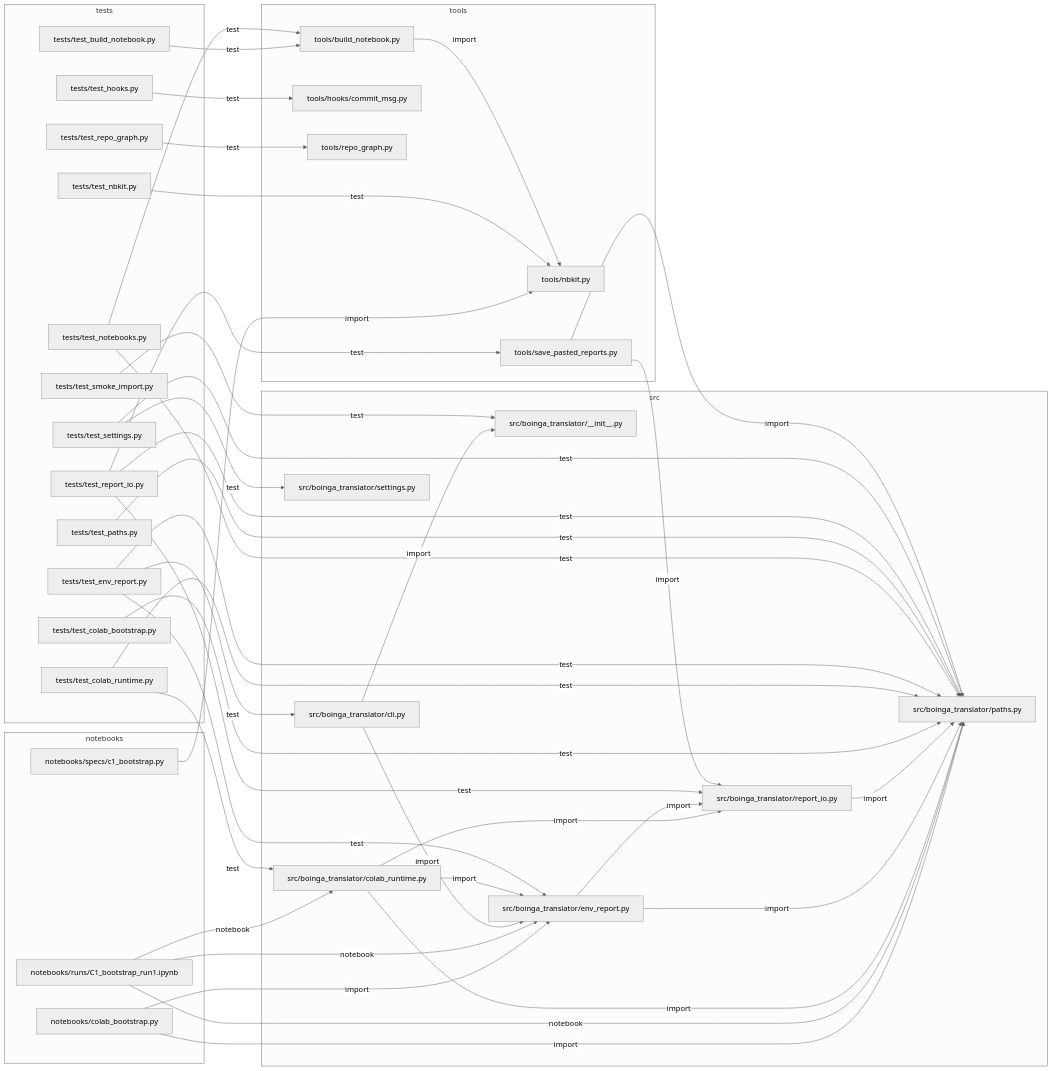
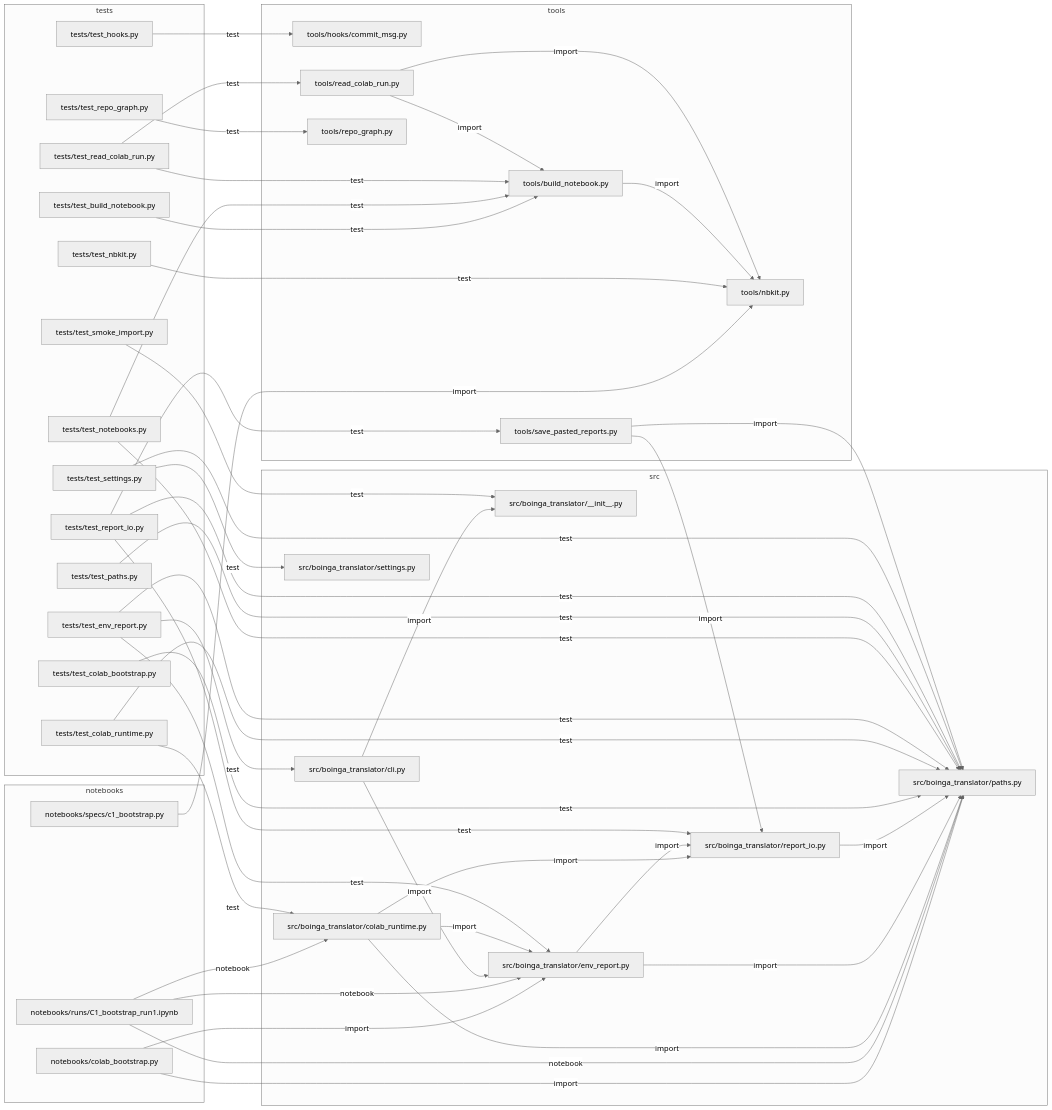
The diagram in docs/REPO_GRAPH.md (asparagusD/boinga-translator), drawn with Mermaid (neutral theme) before and after one commit. The commit also changed other lines of this file and 4 other files, not shown here.

````diff
--- a/docs/REPO_GRAPH.md
+++ b/docs/REPO_GRAPH.md
@@ -78,74 +80,80 @@
 ```mermaid
 graph LR
   subgraph sg_notebooks["notebooks"]
     n_notebooks_colab_bootstrap_py["notebooks/colab_bootstrap.py"]
     n_notebooks_runs_C1_bootstrap_run1_ipynb["notebooks/runs/C1_bootstrap_run1.ipynb"]
     n_notebooks_specs_c1_bootstrap_py["notebooks/specs/c1_bootstrap.py"]
   end
   subgraph sg_src["src"]
     n_src_boinga_translator___init___py["src/boinga_translator/__init__.py"]
     n_src_boinga_translator_cli_py["src/boinga_translator/cli.py"]
     n_src_boinga_translator_colab_runtime_py["src/boinga_translator/colab_runtime.py"]
     n_src_boinga_translator_env_report_py["src/boinga_translator/env_report.py"]
     n_src_boinga_translator_paths_py["src/boinga_translator/paths.py"]
     n_src_boinga_translator_report_io_py["src/boinga_translator/report_io.py"]
     n_src_boinga_translator_settings_py["src/boinga_translator/settings.py"]
   end
   subgraph sg_tests["tests"]
     n_tests_test_build_notebook_py["tests/test_build_notebook.py"]
     n_tests_test_colab_bootstrap_py["tests/test_colab_bootstrap.py"]
     n_tests_test_colab_runtime_py["tests/test_colab_runtime.py"]
     n_tests_test_env_report_py["tests/test_env_report.py"]
     n_tests_test_hooks_py["tests/test_hooks.py"]
     n_tests_test_nbkit_py["tests/test_nbkit.py"]
     n_tests_test_notebooks_py["tests/test_notebooks.py"]
     n_tests_test_paths_py["tests/test_paths.py"]
+    n_tests_test_read_colab_run_py["tests/test_read_colab_run.py"]
     n_tests_test_repo_graph_py["tests/test_repo_graph.py"]
     n_tests_test_report_io_py["tests/test_report_io.py"]
     n_tests_test_settings_py["tests/test_settings.py"]
     n_tests_test_smoke_import_py["tests/test_smoke_import.py"]
   end
   subgraph sg_tools["tools"]
     n_tools_build_notebook_py["tools/build_notebook.py"]
     n_tools_hooks_commit_msg_py["tools/hooks/commit_msg.py"]
     n_tools_nbkit_py["tools/nbkit.py"]
+    n_tools_read_colab_run_py["tools/read_colab_run.py"]
     n_tools_repo_graph_py["tools/repo_graph.py"]
     n_tools_save_pasted_reports_py["tools/save_pasted_reports.py"]
   end
   n_notebooks_colab_bootstrap_py -->|import| n_src_boinga_translator_env_report_py
   n_notebooks_colab_bootstrap_py -->|import| n_src_boinga_translator_paths_py
   n_notebooks_runs_C1_bootstrap_run1_ipynb -->|notebook| n_src_boinga_translator_colab_runtime_py
   n_notebooks_runs_C1_bootstrap_run1_ipynb -->|notebook| n_src_boinga_translator_env_report_py
   n_notebooks_runs_C1_bootstrap_run1_ipynb -->|notebook| n_src_boinga_translator_paths_py
   n_notebooks_specs_c1_bootstrap_py -->|import| n_tools_nbkit_py
   n_src_boinga_translator_cli_py -->|import| n_src_boinga_translator___init___py
   n_src_boinga_translator_cli_py -->|import| n_src_boinga_translator_env_report_py
   n_src_boinga_translator_colab_runtime_py -->|import| n_src_boinga_translator_env_report_py
   n_src_boinga_translator_colab_runtime_py -->|import| n_src_boinga_translator_paths_py
   n_src_boinga_translator_colab_runtime_py -->|import| n_src_boinga_translator_report_io_py
   n_src_boinga_translator_env_report_py -->|import| n_src_boinga_translator_paths_py
   n_src_boinga_translator_env_report_py -->|import| n_src_boinga_translator_report_io_py
   n_src_boinga_translator_report_io_py -->|import| n_src_boinga_translator_paths_py
   n_tests_test_build_notebook_py -->|test| n_tools_build_notebook_py
   n_tests_test_colab_bootstrap_py -->|test| n_src_boinga_translator_paths_py
   n_tests_test_colab_runtime_py -->|test| n_src_boinga_translator_colab_runtime_py
   n_tests_test_colab_runtime_py -->|test| n_src_boinga_translator_paths_py
   n_tests_test_env_report_py -->|test| n_src_boinga_translator_cli_py
   n_tests_test_env_report_py -->|test| n_src_boinga_translator_env_report_py
   n_tests_test_env_report_py -->|test| n_src_boinga_translator_paths_py
   n_tests_test_hooks_py -->|test| n_tools_hooks_commit_msg_py
   n_tests_test_nbkit_py -->|test| n_tools_nbkit_py
   n_tests_test_notebooks_py -->|test| n_src_boinga_translator_paths_py
   n_tests_test_notebooks_py -->|test| n_tools_build_notebook_py
   n_tests_test_paths_py -->|test| n_src_boinga_translator_paths_py
+  n_tests_test_read_colab_run_py -->|test| n_tools_build_notebook_py
+  n_tests_test_read_colab_run_py -->|test| n_tools_read_colab_run_py
   n_tests_test_repo_graph_py -->|test| n_tools_repo_graph_py
   n_tests_test_report_io_py -->|test| n_src_boinga_translator_paths_py
   n_tests_test_report_io_py -->|test| n_src_boinga_translator_report_io_py
   n_tests_test_report_io_py -->|test| n_tools_save_pasted_reports_py
   n_tests_test_settings_py -->|test| n_src_boinga_translator_paths_py
   n_tests_test_settings_py -->|test| n_src_boinga_translator_settings_py
   n_tests_test_smoke_import_py -->|test| n_src_boinga_translator___init___py
   n_tools_build_notebook_py -->|import| n_tools_nbkit_py
+  n_tools_read_colab_run_py -->|import| n_tools_build_notebook_py
+  n_tools_read_colab_run_py -->|import| n_tools_nbkit_py
   n_tools_save_pasted_reports_py -->|import| n_src_boinga_translator_paths_py
   n_tools_save_pasted_reports_py -->|import| n_src_boinga_translator_report_io_py
 ```
````
